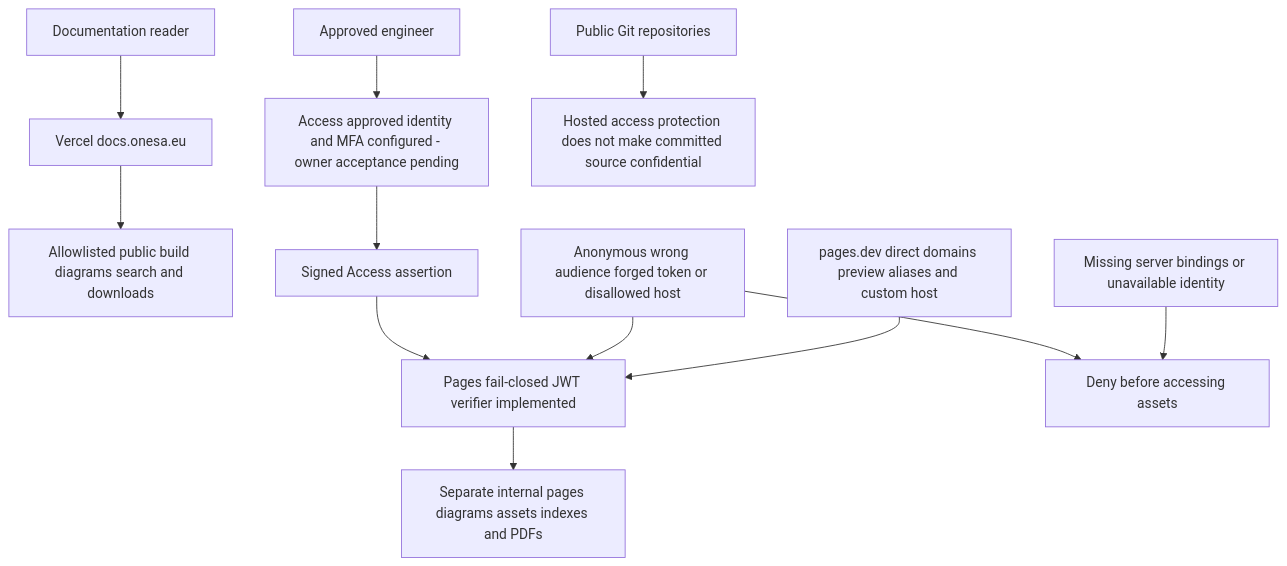
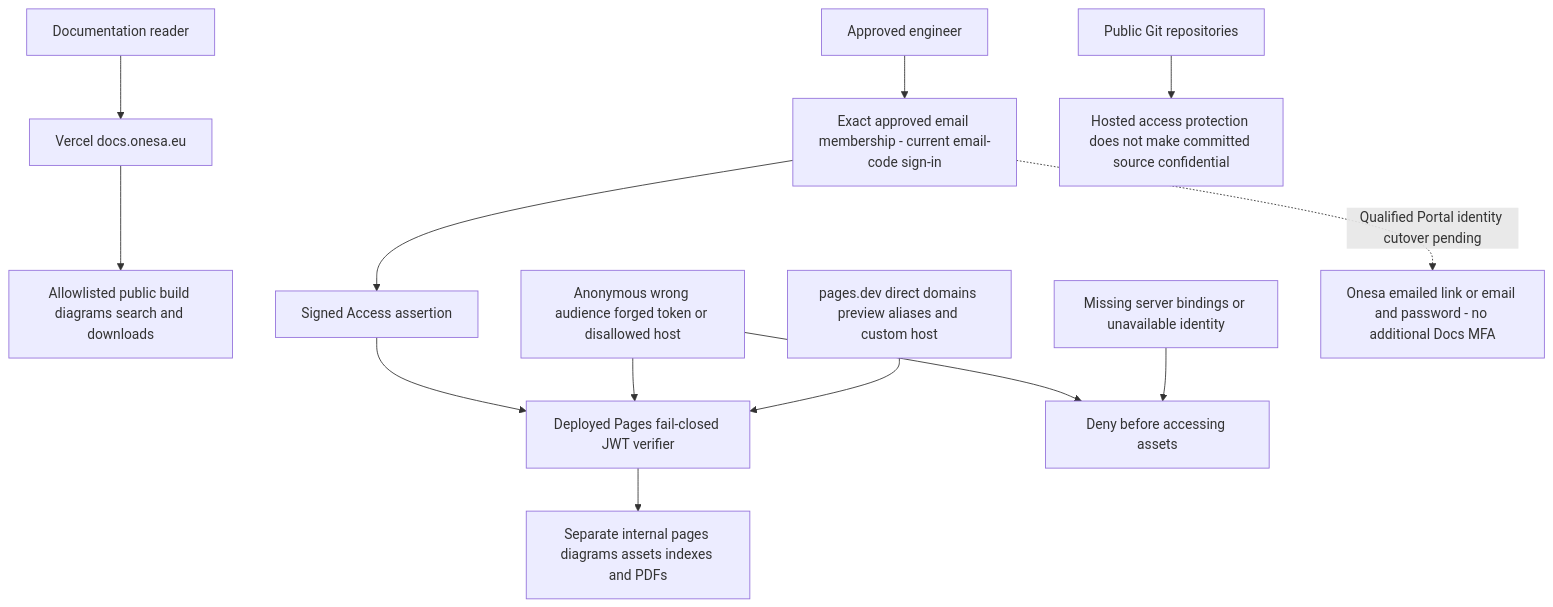
Before and after one commit to DruHustle/onesa-ai-platform: the diagram in docs/diagrams/docs-access-current.mmd, drawn with Mermaid. The commit also changed 4 other files, not shown here.

```diff
--- a/docs/diagrams/docs-access-current.mmd
+++ b/docs/diagrams/docs-access-current.mmd
@@ -1,12 +1,13 @@
 flowchart TB
 Reader[Documentation reader] --> Public[Vercel docs.onesa.eu]
 Public --> Allow[Allowlisted public build diagrams search and downloads]
-Engineer[Approved engineer] --> Policy[Access approved identity and MFA configured - owner acceptance pending]
+Engineer[Approved engineer] --> Policy[Exact approved email membership - current email-code sign-in]
 Policy --> Token[Signed Access assertion]
-Token --> Worker[Pages fail-closed JWT verifier implemented]
+Token --> Worker[Deployed Pages fail-closed JWT verifier]
 Worker --> Private[Separate internal pages diagrams assets indexes and PDFs]
 Anonymous[Anonymous wrong audience forged token or disallowed host] --> Denied[Deny before accessing assets]
 Anonymous --> Worker
 Origin[pages.dev direct domains preview aliases and custom host] --> Worker
 Missing[Missing server bindings or unavailable identity] --> Denied
 Source[Public Git repositories] --> Boundary[Hosted access protection does not make committed source confidential]
+Policy -. Qualified Portal identity cutover pending .-> Planned[Onesa emailed link or email and password - no additional Docs MFA]
```
